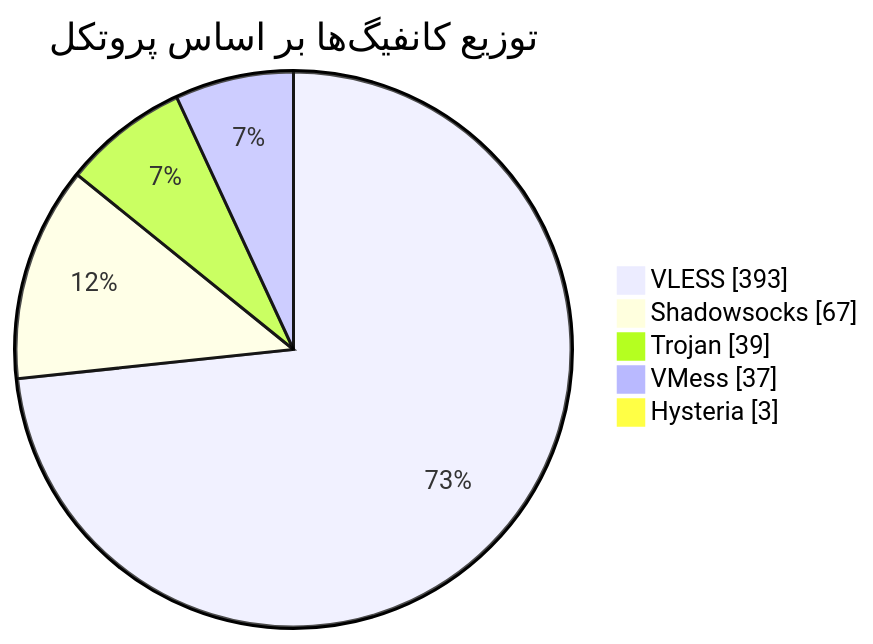
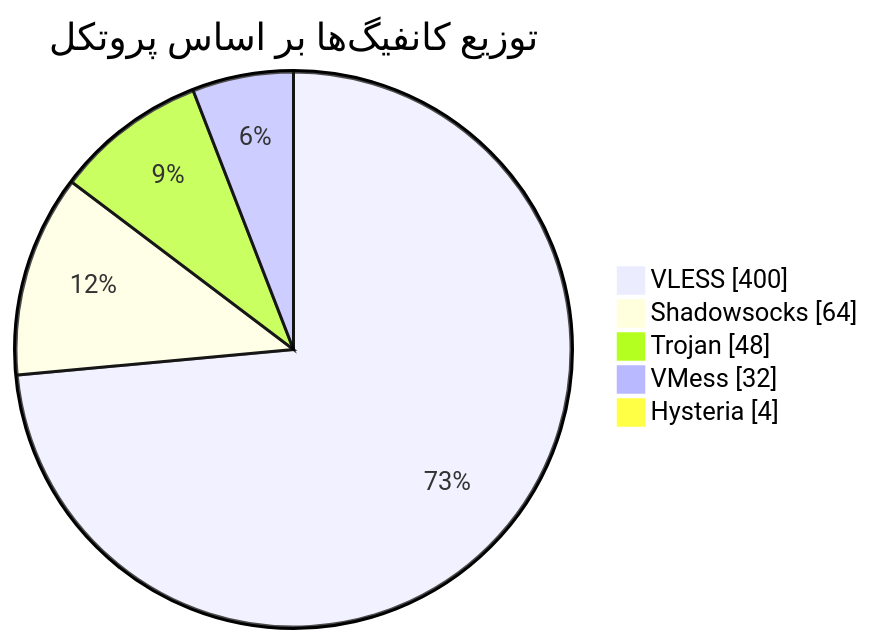
The diagram in README.md (Arian-Alijani/Somthing), drawn with Mermaid before and after one commit. The commit also changed other lines of this file and 67 other files, not shown here.

````diff
--- a/README.md
+++ b/README.md
@@ -47,9 +47,9 @@
 ```mermaid
 pie showData
     title توزیع کانفیگ‌ها بر اساس پروتکل
-    "VLESS" : 393
-    "Shadowsocks" : 67
-    "Trojan" : 39
-    "VMess" : 37
-    "Hysteria" : 3
+    "VLESS" : 400
+    "Shadowsocks" : 64
+    "Trojan" : 48
+    "VMess" : 32
+    "Hysteria" : 4
 ```
````
